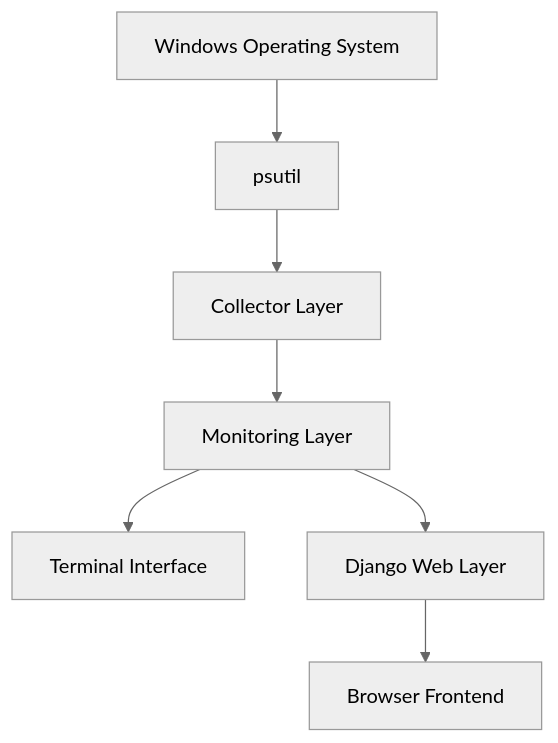
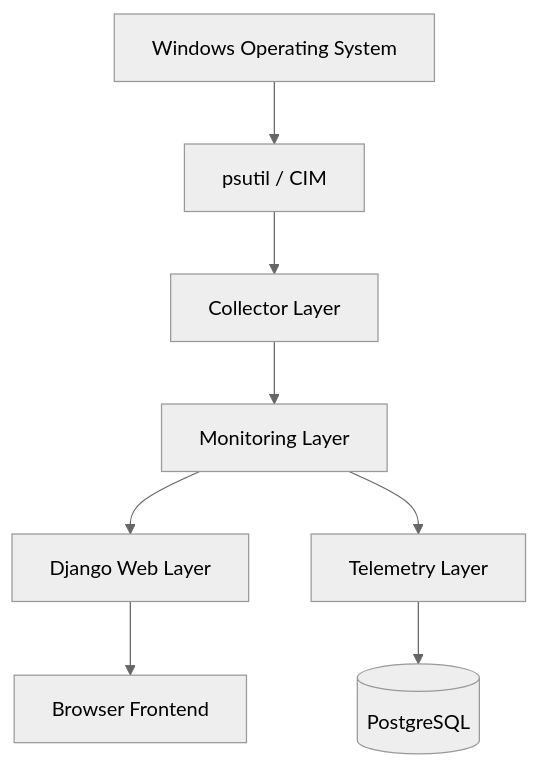
The first of 36 diagrams in docs/architecture.md (IronRon/Sys-Monitor), drawn with Mermaid (neutral theme) before and after one commit. The commit also changed other lines of this file and 21 other files, not shown here.

````diff
--- a/docs/architecture.md
+++ b/docs/architecture.md
@@ -40,21 +42,21 @@
 ```mermaid
 flowchart TD
     OS["Windows Operating System"]
-
-    PS["psutil"]
-
+    PS["psutil / CIM"]
     C["Collector Layer"]
     M["Monitoring Layer"]
-
-    CLI["Terminal Interface"]
+    P["Telemetry Layer"]
+    PG[(PostgreSQL)]
     DJ["Django Web Layer"]
     FE["Browser Frontend"]
 
     OS --> PS
     PS --> C
     C --> M
 
-    M --> CLI
     M --> DJ
     DJ --> FE
+
+    M --> P
+    P --> PG
 ```
````
